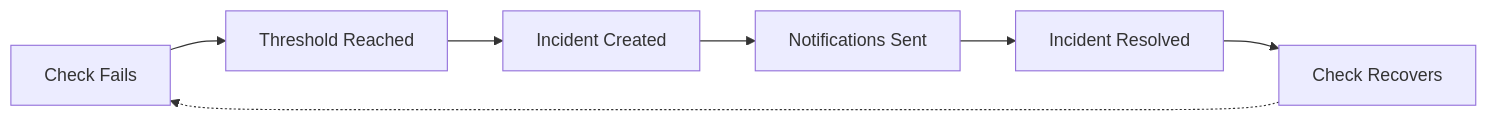
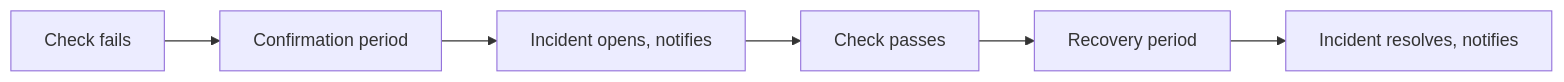
The diagram in web/docs/docs/features/incidents.md (fclairamb/solidping), drawn with Mermaid before and after one commit. The commit also changed other lines of this file and 2 other files, not shown here.

First line of the commit message:
docs: document time-based incident confirmation and recovery, fix ICMP and HTTP defaults

````diff
--- a/web/docs/docs/features/incidents.md
+++ b/web/docs/docs/features/incidents.md
@@ -12,9 +12,8 @@
 ```mermaid
 flowchart LR
-    Fail["Check Fails"] --> Threshold["Threshold Reached"]
-    Threshold --> Created["Incident Created"]
-    Created --> Notified["Notifications Sent"]
-    Notified --> Resolved["Incident Resolved"]
-    Resolved --> Recovers["Check Recovers"]
-    Recovers -.-> Fail
+    Fail["Check fails"] --> Confirm["Confirmation period"]
+    Confirm --> Created["Incident opens, notifies"]
+    Created --> Pass["Check passes"]
+    Pass --> Recover["Recovery period"]
+    Recover --> Resolved["Incident resolves, notifies"]
 ```
````
